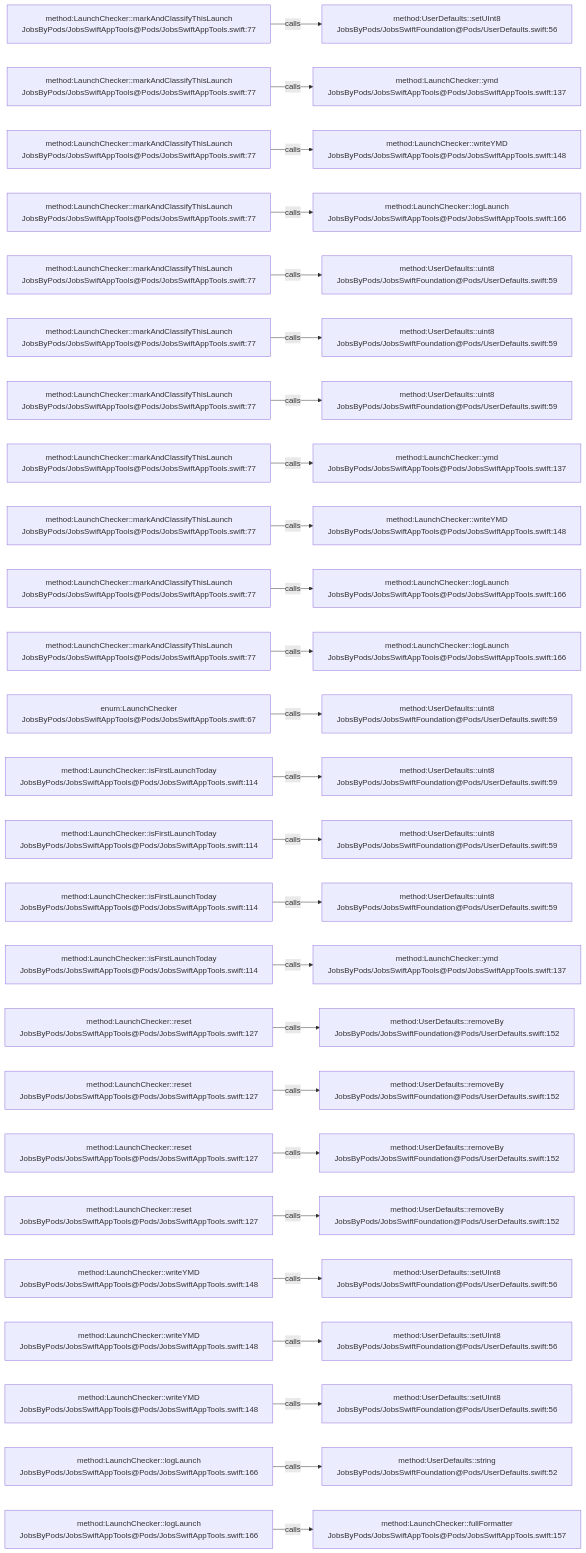
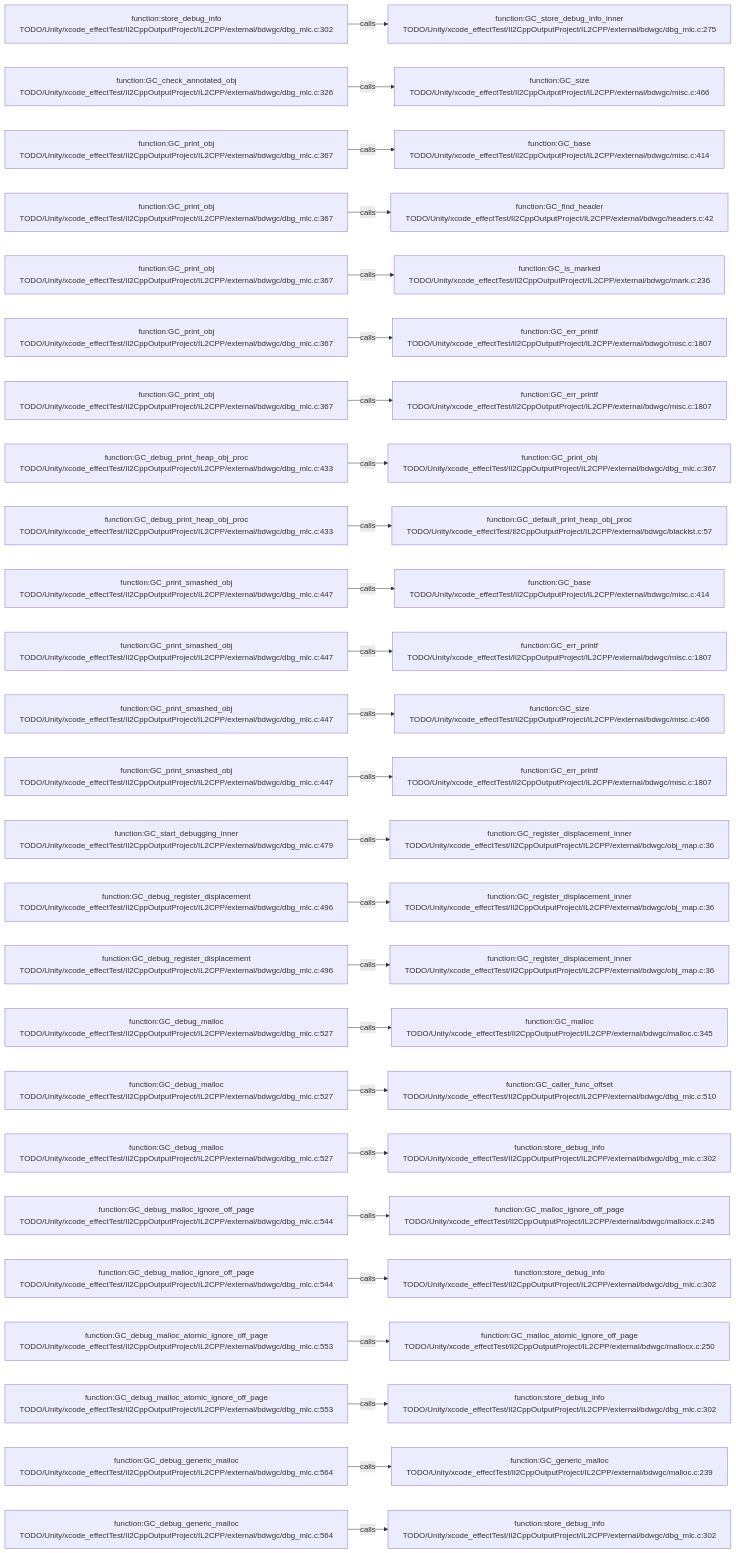
The diagram in .codegraph/codegraph.md/graphs/calls-166.md (JobsKits/JobsSwiftBaseConfigDemo), drawn with Mermaid before and after one commit. The commit also changed 569 other files, not shown here.

````diff
--- a/.codegraph/codegraph.md/graphs/calls-166.md
+++ b/.codegraph/codegraph.md/graphs/calls-166.md
@@ -13,78 +13,78 @@
 ```mermaid
 flowchart LR
-  S1["method:LaunchChecker::markAndClassifyThisLaunch<br/>JobsByPods/JobsSwiftAppTools@Pods/JobsSwiftAppTools.swift:77"]
-  T1["method:UserDefaults::setUInt8<br/>JobsByPods/JobsSwiftFoundation@Pods/UserDefaults.swift:56"]
+  S1["function:store_debug_info<br/>TODO/Unity/xcode_effectTest/Il2CppOutputProject/IL2CPP/external/bdwgc/dbg_mlc.c:302"]
+  T1["function:GC_store_debug_info_inner<br/>TODO/Unity/xcode_effectTest/Il2CppOutputProject/IL2CPP/external/bdwgc/dbg_mlc.c:275"]
   S1 -->|calls| T1
-  S2["method:LaunchChecker::markAndClassifyThisLaunch<br/>JobsByPods/JobsSwiftAppTools@Pods/JobsSwiftAppTools.swift:77"]
-  T2["method:LaunchChecker::ymd<br/>JobsByPods/JobsSwiftAppTools@Pods/JobsSwiftAppTools.swift:137"]
+  S2["function:GC_check_annotated_obj<br/>TODO/Unity/xcode_effectTest/Il2CppOutputProject/IL2CPP/external/bdwgc/dbg_mlc.c:326"]
+  T2["function:GC_size<br/>TODO/Unity/xcode_effectTest/Il2CppOutputProject/IL2CPP/external/bdwgc/misc.c:466"]
   S2 -->|calls| T2
-  S3["method:LaunchChecker::markAndClassifyThisLaunch<br/>JobsByPods/JobsSwiftAppTools@Pods/JobsSwiftAppTools.swift:77"]
-  T3["method:LaunchChecker::writeYMD<br/>JobsByPods/JobsSwiftAppTools@Pods/JobsSwiftAppTools.swift:148"]
+  S3["function:GC_print_obj<br/>TODO/Unity/xcode_effectTest/Il2CppOutputProject/IL2CPP/external/bdwgc/dbg_mlc.c:367"]
+  T3["function:GC_base<br/>TODO/Unity/xcode_effectTest/Il2CppOutputProject/IL2CPP/external/bdwgc/misc.c:414"]
   S3 -->|calls| T3
-  S4["method:LaunchChecker::markAndClassifyThisLaunch<br/>JobsByPods/JobsSwiftAppTools@Pods/JobsSwiftAppTools.swift:77"]
-  T4["method:LaunchChecker::logLaunch<br/>JobsByPods/JobsSwiftAppTools@Pods/JobsSwiftAppTools.swift:166"]
+  S4["function:GC_print_obj<br/>TODO/Unity/xcode_effectTest/Il2CppOutputProject/IL2CPP/external/bdwgc/dbg_mlc.c:367"]
+  T4["function:GC_find_header<br/>TODO/Unity/xcode_effectTest/Il2CppOutputProject/IL2CPP/external/bdwgc/headers.c:42"]
   S4 -->|calls| T4
-  S5["method:LaunchChecker::markAndClassifyThisLaunch<br/>JobsByPods/JobsSwiftAppTools@Pods/JobsSwiftAppTools.swift:77"]
-  T5["method:UserDefaults::uint8<br/>JobsByPods/JobsSwiftFoundation@Pods/UserDefaults.swift:59"]
+  S5["function:GC_print_obj<br/>TODO/Unity/xcode_effectTest/Il2CppOutputProject/IL2CPP/external/bdwgc/dbg_mlc.c:367"]
+  T5["function:GC_is_marked<br/>TODO/Unity/xcode_effectTest/Il2CppOutputProject/IL2CPP/external/bdwgc/mark.c:236"]
   S5 -->|calls| T5
-  S6["method:LaunchChecker::markAndClassifyThisLaunch<br/>JobsByPods/JobsSwiftAppTools@Pods/JobsSwiftAppTools.swift:77"]
-  T6["method:UserDefaults::uint8<br/>JobsByPods/JobsSwiftFoundation@Pods/UserDefaults.swift:59"]
+  S6["function:GC_print_obj<br/>TODO/Unity/xcode_effectTest/Il2CppOutputProject/IL2CPP/external/bdwgc/dbg_mlc.c:367"]
+  T6["function:GC_err_printf<br/>TODO/Unity/xcode_effectTest/Il2CppOutputProject/IL2CPP/external/bdwgc/misc.c:1807"]
   S6 -->|calls| T6
-  S7["method:LaunchChecker::markAndClassifyThisLaunch<br/>JobsByPods/JobsSwiftAppTools@Pods/JobsSwiftAppTools.swift:77"]
-  T7["method:UserDefaults::uint8<br/>JobsByPods/JobsSwiftFoundation@Pods/UserDefaults.swift:59"]
+  S7["function:GC_print_obj<br/>TODO/Unity/xcode_effectTest/Il2CppOutputProject/IL2CPP/external/bdwgc/dbg_mlc.c:367"]
+  T7["function:GC_err_printf<br/>TODO/Unity/xcode_effectTest/Il2CppOutputProject/IL2CPP/external/bdwgc/misc.c:1807"]
   S7 -->|calls| T7
-  S8["method:LaunchChecker::markAndClassifyThisLaunch<br/>JobsByPods/JobsSwiftAppTools@Pods/JobsSwiftAppTools.swift:77"]
-  T8["method:LaunchChecker::ymd<br/>JobsByPods/JobsSwiftAppTools@Pods/JobsSwiftAppTools.swift:137"]
+  S8["function:GC_debug_print_heap_obj_proc<br/>TODO/Unity/xcode_effectTest/Il2CppOutputProject/IL2CPP/external/bdwgc/dbg_mlc.c:433"]
+  T8["function:GC_print_obj<br/>TODO/Unity/xcode_effectTest/Il2CppOutputProject/IL2CPP/external/bdwgc/dbg_mlc.c:367"]
   S8 -->|calls| T8
-  S9["method:LaunchChecker::markAndClassifyThisLaunch<br/>JobsByPods/JobsSwiftAppTools@Pods/JobsSwiftAppTools.swift:77"]
-  T9["method:LaunchChecker::writeYMD<br/>JobsByPods/JobsSwiftAppTools@Pods/JobsSwiftAppTools.swift:148"]
+  S9["function:GC_debug_print_heap_obj_proc<br/>TODO/Unity/xcode_effectTest/Il2CppOutputProject/IL2CPP/external/bdwgc/dbg_mlc.c:433"]
+  T9["function:GC_default_print_heap_obj_proc<br/>TODO/Unity/xcode_effectTest/Il2CppOutputProject/IL2CPP/external/bdwgc/blacklst.c:57"]
   S9 -->|calls| T9
-  S10["method:LaunchChecker::markAndClassifyThisLaunch<br/>JobsByPods/JobsSwiftAppTools@Pods/JobsSwiftAppTools.swift:77"]
-  T10["method:LaunchChecker::logLaunch<br/>JobsByPods/JobsSwiftAppTools@Pods/JobsSwiftAppTools.swift:166"]
+  S10["function:GC_print_smashed_obj<br/>TODO/Unity/xcode_effectTest/Il2CppOutputProject/IL2CPP/external/bdwgc/dbg_mlc.c:447"]
+  T10["function:GC_base<br/>TODO/Unity/xcode_effectTest/Il2CppOutputProject/IL2CPP/external/bdwgc/misc.c:414"]
   S10 -->|calls| T10
-  S11["method:LaunchChecker::markAndClassifyThisLaunch<br/>JobsByPods/JobsSwiftAppTools@Pods/JobsSwiftAppTools.swift:77"]
-  T11["method:LaunchChecker::logLaunch<br/>JobsByPods/JobsSwiftAppTools@Pods/JobsSwiftAppTools.swift:166"]
+  S11["function:GC_print_smashed_obj<br/>TODO/Unity/xcode_effectTest/Il2CppOutputProject/IL2CPP/external/bdwgc/dbg_mlc.c:447"]
+  T11["function:GC_err_printf<br/>TODO/Unity/xcode_effectTest/Il2CppOutputProject/IL2CPP/external/bdwgc/misc.c:1807"]
   S11 -->|calls| T11
-  S12["enum:LaunchChecker<br/>JobsByPods/JobsSwiftAppTools@Pods/JobsSwiftAppTools.swift:67"]
-  T12["method:UserDefaults::uint8<br/>JobsByPods/JobsSwiftFoundation@Pods/UserDefaults.swift:59"]
+  S12["function:GC_print_smashed_obj<br/>TODO/Unity/xcode_effectTest/Il2CppOutputProject/IL2CPP/external/bdwgc/dbg_mlc.c:447"]
+  T12["function:GC_size<br/>TODO/Unity/xcode_effectTest/Il2CppOutputProject/IL2CPP/external/bdwgc/misc.c:466"]
   S12 -->|calls| T12
-  S13["method:LaunchChecker::isFirstLaunchToday<br/>JobsByPods/JobsSwiftAppTools@Pods/JobsSwiftAppTools.swift:114"]
-  T13["method:UserDefaults::uint8<br/>JobsByPods/JobsSwiftFoundation@Pods/UserDefaults.swift:59"]
+  S13["function:GC_print_smashed_obj<br/>TODO/Unity/xcode_effectTest/Il2CppOutputProject/IL2CPP/external/bdwgc/dbg_mlc.c:447"]
+  T13["function:GC_err_printf<br/>TODO/Unity/xcode_effectTest/Il2CppOutputProject/IL2CPP/external/bdwgc/misc.c:1807"]
   S13 -->|calls| T13
-  S14["method:LaunchChecker::isFirstLaunchToday<br/>JobsByPods/JobsSwiftAppTools@Pods/JobsSwiftAppTools.swift:114"]
-  T14["method:UserDefaults::uint8<br/>JobsByPods/JobsSwiftFoundation@Pods/UserDefaults.swift:59"]
+  S14["function:GC_start_debugging_inner<br/>TODO/Unity/xcode_effectTest/Il2CppOutputProject/IL2CPP/external/bdwgc/dbg_mlc.c:479"]
+  T14["function:GC_register_displacement_inner<br/>TODO/Unity/xcode_effectTest/Il2CppOutputProject/IL2CPP/external/bdwgc/obj_map.c:36"]
   S14 -->|calls| T14
-  S15["method:LaunchChecker::isFirstLaunchToday<br/>JobsByPods/JobsSwiftAppTools@Pods/JobsSwiftAppTools.swift:114"]
-  T15["method:UserDefaults::uint8<br/>JobsByPods/JobsSwiftFoundation@Pods/UserDefaults.swift:59"]
+  S15["function:GC_debug_register_displacement<br/>TODO/Unity/xcode_effectTest/Il2CppOutputProject/IL2CPP/external/bdwgc/dbg_mlc.c:496"]
+  T15["function:GC_register_displacement_inner<br/>TODO/Unity/xcode_effectTest/Il2CppOutputProject/IL2CPP/external/bdwgc/obj_map.c:36"]
   S15 -->|calls| T15
-  S16["method:LaunchChecker::isFirstLaunchToday<br/>JobsByPods/JobsSwiftAppTools@Pods/JobsSwiftAppTools.swift:114"]
-  T16["method:LaunchChecker::ymd<br/>JobsByPods/JobsSwiftAppTools@Pods/JobsSwiftAppTools.swift:137"]
+  S16["function:GC_debug_register_displacement<br/>TODO/Unity/xcode_effectTest/Il2CppOutputProject/IL2CPP/external/bdwgc/dbg_mlc.c:496"]
+  T16["function:GC_register_displacement_inner<br/>TODO/Unity/xcode_effectTest/Il2CppOutputProject/IL2CPP/external/bdwgc/obj_map.c:36"]
   S16 -->|calls| T16
-  S17["method:LaunchChecker::reset<br/>JobsByPods/JobsSwiftAppTools@Pods/JobsSwiftAppTools.swift:127"]
-  T17["method:UserDefaults::removeBy<br/>JobsByPods/JobsSwiftFoundation@Pods/UserDefaults.swift:152"]
+  S17["function:GC_debug_malloc<br/>TODO/Unity/xcode_effectTest/Il2CppOutputProject/IL2CPP/external/bdwgc/dbg_mlc.c:527"]
+  T17["function:GC_malloc<br/>TODO/Unity/xcode_effectTest/Il2CppOutputProject/IL2CPP/external/bdwgc/malloc.c:345"]
   S17 -->|calls| T17
-  S18["method:LaunchChecker::reset<br/>JobsByPods/JobsSwiftAppTools@Pods/JobsSwiftAppTools.swift:127"]
-  T18["method:UserDefaults::removeBy<br/>JobsByPods/JobsSwiftFoundation@Pods/UserDefaults.swift:152"]
+  S18["function:GC_debug_malloc<br/>TODO/Unity/xcode_effectTest/Il2CppOutputProject/IL2CPP/external/bdwgc/dbg_mlc.c:527"]
+  T18["function:GC_caller_func_offset<br/>TODO/Unity/xcode_effectTest/Il2CppOutputProject/IL2CPP/external/bdwgc/dbg_mlc.c:510"]
   S18 -->|calls| T18
-  S19["method:LaunchChecker::reset<br/>JobsByPods/JobsSwiftAppTools@Pods/JobsSwiftAppTools.swift:127"]
-  T19["method:UserDefaults::removeBy<br/>JobsByPods/JobsSwiftFoundation@Pods/UserDefaults.swift:152"]
+  S19["function:GC_debug_malloc<br/>TODO/Unity/xcode_effectTest/Il2CppOutputProject/IL2CPP/external/bdwgc/dbg_mlc.c:527"]
+  T19["function:store_debug_info<br/>TODO/Unity/xcode_effectTest/Il2CppOutputProject/IL2CPP/external/bdwgc/dbg_mlc.c:302"]
   S19 -->|calls| T19
-  S20["method:LaunchChecker::reset<br/>JobsByPods/JobsSwiftAppTools@Pods/JobsSwiftAppTools.swift:127"]
-  T20["method:UserDefaults::removeBy<br/>JobsByPods/JobsSwiftFoundation@Pods/UserDefaults.swift:152"]
+  S20["function:GC_debug_malloc_ignore_off_page<br/>TODO/Unity/xcode_effectTest/Il2CppOutputProject/IL2CPP/external/bdwgc/dbg_mlc.c:544"]
+  T20["function:GC_malloc_ignore_off_page<br/>TODO/Unity/xcode_effectTest/Il2CppOutputProject/IL2CPP/external/bdwgc/mallocx.c:245"]
   S20 -->|calls| T20
-  S21["method:LaunchChecker::writeYMD<br/>JobsByPods/JobsSwiftAppTools@Pods/JobsSwiftAppTools.swift:148"]
-  T21["method:UserDefaults::setUInt8<br/>JobsByPods/JobsSwiftFoundation@Pods/UserDefaults.swift:56"]
+  S21["function:GC_debug_malloc_ignore_off_page<br/>TODO/Unity/xcode_effectTest/Il2CppOutputProject/IL2CPP/external/bdwgc/dbg_mlc.c:544"]
+  T21["function:store_debug_info<br/>TODO/Unity/xcode_effectTest/Il2CppOutputProject/IL2CPP/external/bdwgc/dbg_mlc.c:302"]
   S21 -->|calls| T21
-  S22["method:LaunchChecker::writeYMD<br/>JobsByPods/JobsSwiftAppTools@Pods/JobsSwiftAppTools.swift:148"]
-  T22["method:UserDefaults::setUInt8<br/>JobsByPods/JobsSwiftFoundation@Pods/UserDefaults.swift:56"]
+  S22["function:GC_debug_malloc_atomic_ignore_off_page<br/>TODO/Unity/xcode_effectTest/Il2CppOutputProject/IL2CPP/external/bdwgc/dbg_mlc.c:553"]
+  T22["function:GC_malloc_atomic_ignore_off_page<br/>TODO/Unity/xcode_effectTest/Il2CppOutputProject/IL2CPP/external/bdwgc/mallocx.c:250"]
   S22 -->|calls| T22
-  S23["method:LaunchChecker::writeYMD<br/>JobsByPods/JobsSwiftAppTools@Pods/JobsSwiftAppTools.swift:148"]
-  T23["method:UserDefaults::setUInt8<br/>JobsByPods/JobsSwiftFoundation@Pods/UserDefaults.swift:56"]
+  S23["function:GC_debug_malloc_atomic_ignore_off_page<br/>TODO/Unity/xcode_effectTest/Il2CppOutputProject/IL2CPP/external/bdwgc/dbg_mlc.c:553"]
+  T23["function:store_debug_info<br/>TODO/Unity/xcode_effectTest/Il2CppOutputProject/IL2CPP/external/bdwgc/dbg_mlc.c:302"]
   S23 -->|calls| T23
-  S24["method:LaunchChecker::logLaunch<br/>JobsByPods/JobsSwiftAppTools@Pods/JobsSwiftAppTools.swift:166"]
-  T24["method:UserDefaults::string<br/>JobsByPods/JobsSwiftFoundation@Pods/UserDefaults.swift:52"]
+  S24["function:GC_debug_generic_malloc<br/>TODO/Unity/xcode_effectTest/Il2CppOutputProject/IL2CPP/external/bdwgc/dbg_mlc.c:564"]
+  T24["function:GC_generic_malloc<br/>TODO/Unity/xcode_effectTest/Il2CppOutputProject/IL2CPP/external/bdwgc/malloc.c:239"]
   S24 -->|calls| T24
-  S25["method:LaunchChecker::logLaunch<br/>JobsByPods/JobsSwiftAppTools@Pods/JobsSwiftAppTools.swift:166"]
-  T25["method:LaunchChecker::fullFormatter<br/>JobsByPods/JobsSwiftAppTools@Pods/JobsSwiftAppTools.swift:157"]
+  S25["function:GC_debug_generic_malloc<br/>TODO/Unity/xcode_effectTest/Il2CppOutputProject/IL2CPP/external/bdwgc/dbg_mlc.c:564"]
+  T25["function:store_debug_info<br/>TODO/Unity/xcode_effectTest/Il2CppOutputProject/IL2CPP/external/bdwgc/dbg_mlc.c:302"]
   S25 -->|calls| T25
 ```
````
